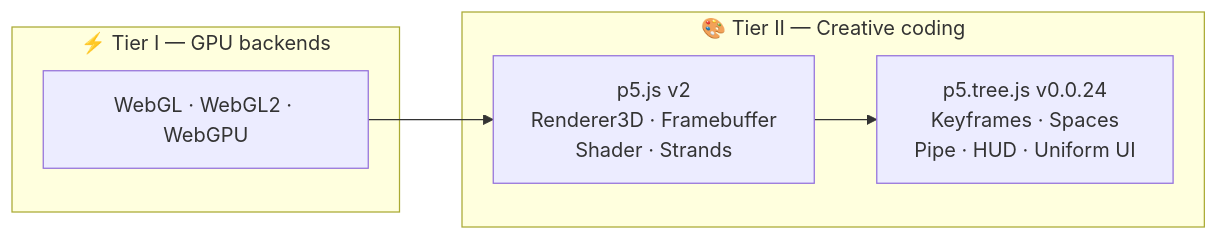
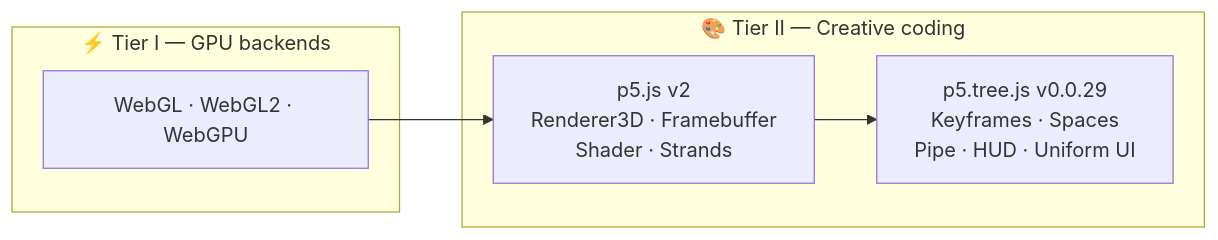
One commit to ABJ-d/tree changed the fourth of 8 diagrams in slides.md. Above: the diagram before and after it, drawn with Mermaid. The commit also changed other lines of this file and 1 other file, not shown here.

Commit message:
p5.tree 0.0.29 update

````diff
--- a/slides.md
+++ b/slides.md
@@ -121,17 +121,17 @@
 ```mermaid
 flowchart LR
   subgraph T1["⚡ Tier I — GPU backends"]
     A["WebGL · WebGL2 · WebGPU"]
   end
 
   subgraph T2["🎨 Tier II — Creative coding"]
     B["p5.js v2
     Renderer3D · Framebuffer
     Shader · Strands"]
-    C["p5.tree.js v0.0.24
+    C["p5.tree.js v0.0.29
     Keyframes · Spaces
     Pipe · HUD · Uniform UI"]
   end
 
   A --> B --> C
 ```
````
